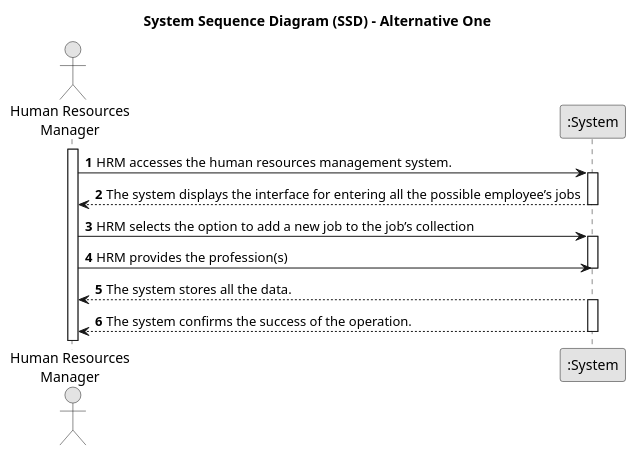
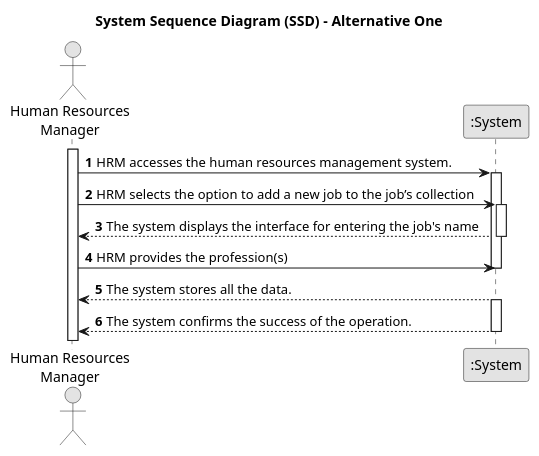
Before and after one commit to SAEmanuel/Green_Spaces_Management_ISEP: the diagram in docs/sprintA/us002/01.requirements-engineering/puml/us002-system-sequence-diagram-alternative-one.puml, drawn with PlantUML. The commit also changed 2 other files, not shown here.

```diff
--- a/docs/sprintA/us002/01.requirements-engineering/puml/us002-system-sequence-diagram-alternative-one.puml
+++ b/docs/sprintA/us002/01.requirements-engineering/puml/us002-system-sequence-diagram-alternative-one.puml
@@ -1,35 +1,35 @@
 @startuml
 skinparam monochrome true
 skinparam packageStyle rectangle
 skinparam shadowing false
 
 title System Sequence Diagram (SSD) - Alternative One
 
 autonumber
 
 actor "Human Resources\nManager" as HRM
 participant ":System" as System
 
 activate HRM
 
     HRM -> System : HRM accesses the human resources management system.
     activate System
 
-        System --> HRM : The system displays the interface for entering all the possible employee’s jobs
-    deactivate System
-
      HRM -> System : HRM selects the option to add a new job to the job’s collection
     activate System
+
+        System --> HRM : The system displays the interface for entering the job's name
+    deactivate System
 
         HRM -> System : HRM provides the profession(s)
     deactivate System
 
     System --> HRM : The system stores all the data.
     activate System
 
         System --> HRM : The system confirms the success of the operation.
     deactivate System
 
 
 
 @enduml
```
